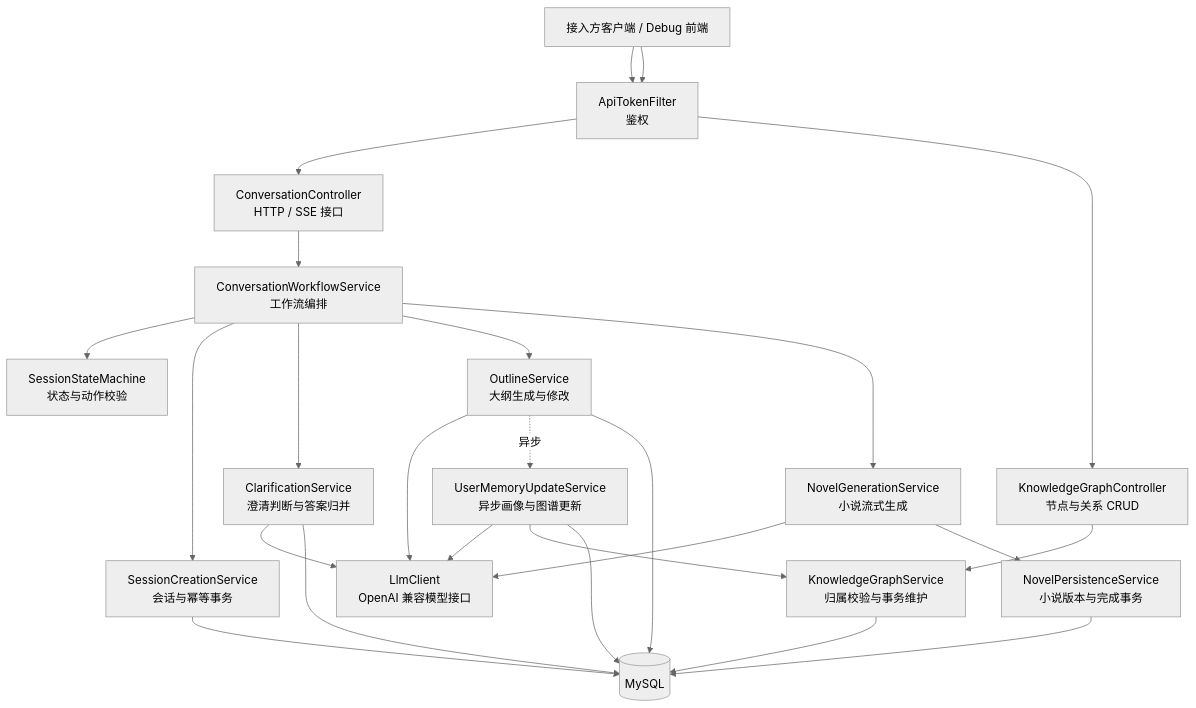
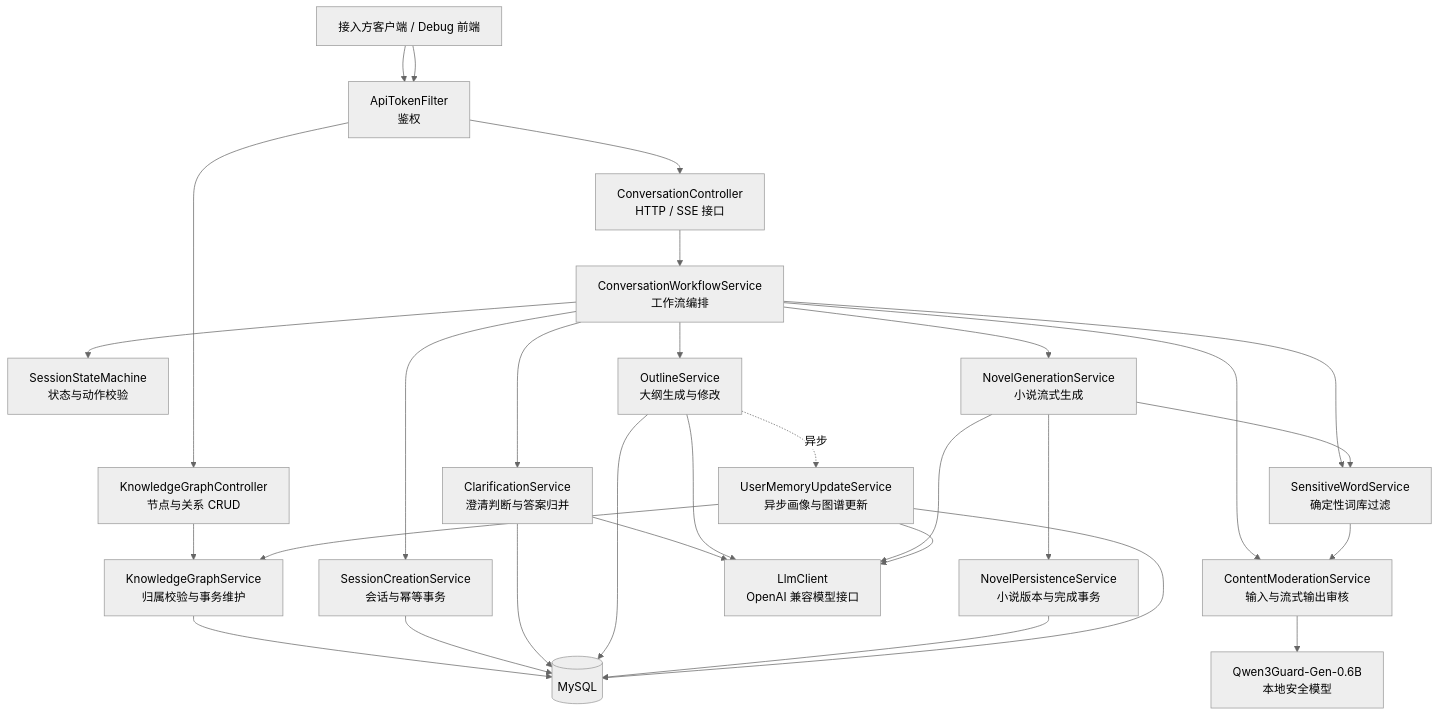
The first of 4 diagrams in docs/service-architecture-and-api.md (qascw159/short-novel-debug-console), drawn with Mermaid (neutral theme) before and after one commit. The commit also changed other lines of this file and 2 other files, not shown here.

````diff
--- a/docs/service-architecture-and-api.md
+++ b/docs/service-architecture-and-api.md
@@ -30,37 +30,44 @@
 ```mermaid
 flowchart TB
     Client[接入方客户端 / Debug 前端]
     Auth[ApiTokenFilter<br/>鉴权]
     Controller[ConversationController<br/>HTTP / SSE 接口]
     Workflow[ConversationWorkflowService<br/>工作流编排]
     StateMachine[SessionStateMachine<br/>状态与动作校验]
     Clarification[ClarificationService<br/>澄清判断与答案归并]
     Outline[OutlineService<br/>大纲生成与修改]
     Novel[NovelGenerationService<br/>小说流式生成]
+    SensitiveWords[SensitiveWordService<br/>确定性词库过滤]
+    Moderation[ContentModerationService<br/>输入与流式输出审核]
     SessionCreation[SessionCreationService<br/>会话与幂等事务]
     Persistence[NovelPersistenceService<br/>小说版本与完成事务]
     Memory[UserMemoryUpdateService<br/>异步画像与图谱更新]
     GraphController[KnowledgeGraphController<br/>节点与关系 CRUD]
     GraphService[KnowledgeGraphService<br/>归属校验与事务维护]
     LLM[LlmClient<br/>OpenAI 兼容模型接口]
+    Guard[Qwen3Guard-Gen-0.6B<br/>本地安全模型]
     DB[(MySQL)]
 
     Client --> Auth --> Controller --> Workflow
     Workflow --> StateMachine
     Workflow --> SessionCreation
     Workflow --> Clarification
     Workflow --> Outline
     Workflow --> Novel
+    Workflow --> SensitiveWords
+    Workflow --> Moderation
     Clarification --> LLM
     Outline --> LLM
     Novel --> LLM
+    Novel --> SensitiveWords --> Moderation
+    Moderation --> Guard
     Outline -.异步.-> Memory
     Memory --> LLM
     Client --> Auth --> GraphController --> GraphService --> DB
     Memory --> GraphService
     SessionCreation --> DB
     Clarification --> DB
     Outline --> DB
     Novel --> Persistence --> DB
     Memory --> DB
 ```
````
